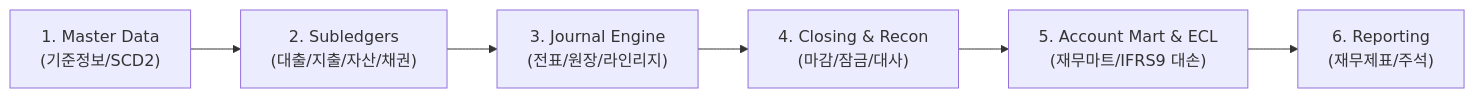
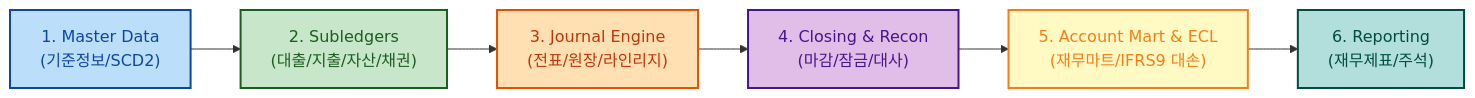
The diagram in docs/guides/master-domain-glossary.md (skyg547/account), drawn with Mermaid before and after one commit. The commit also changed 1 other file, not shown here.

Commit message:
style: enhance Mermaid flowcharts and architecture diagrams with rich HSL colors and clear annotations

````diff
--- a/docs/guides/master-domain-glossary.md
+++ b/docs/guides/master-domain-glossary.md
@@ -11,8 +11,15 @@
 ```mermaid
 flowchart LR
     MD["1. Master Data<br/>(기준정보/SCD2)"] --> SL["2. Subledgers<br/>(대출/지출/자산/채권)"]
     SL --> JL["3. Journal Engine<br/>(전표/원장/라인리지)"]
     JL --> CL["4. Closing & Recon<br/>(마감/잠금/대사)"]
     CL --> ECL["5. Account Mart & ECL<br/>(재무마트/IFRS9 대손)"]
     ECL --> RP["6. Reporting<br/>(재무제표/주석)"]
+
+    style MD fill:#bbdefb,stroke:#0d47a1,color:#0d47a1,stroke-width:2px
+    style SL fill:#c8e6c9,stroke:#1b5e20,color:#1b5e20,stroke-width:2px
+    style JL fill:#ffe0b2,stroke:#e65100,color:#bf360c,stroke-width:2px
+    style CL fill:#e1bee7,stroke:#4a148c,color:#4a148c,stroke-width:2px
+    style ECL fill:#fff9c4,stroke:#f57f17,color:#f57f17,stroke-width:2px
+    style RP fill:#b2dfdb,stroke:#004d40,color:#004d40,stroke-width:2px
 ```
````
